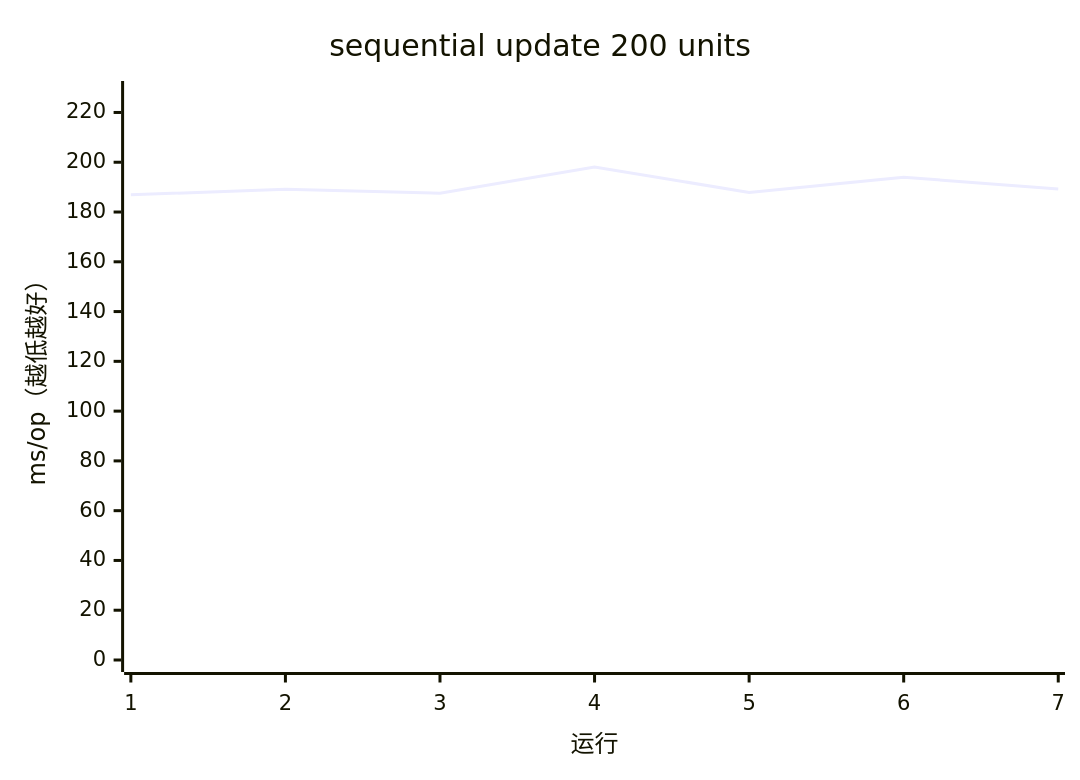
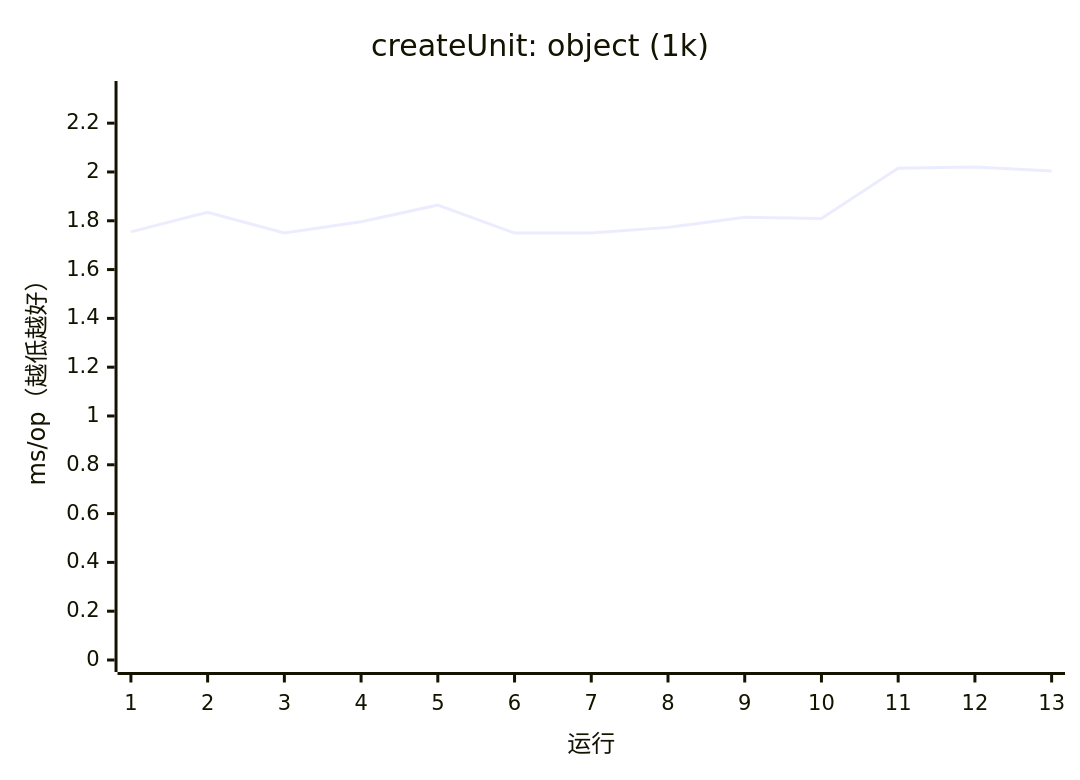
One commit to AIluffy/io changed diagram 12 of 17 in apps/docs/src/content/docs/guides/benchmark.mdx. Above: the diagram before and after it, drawn with Mermaid. The commit also changed other lines of this file and 11 other files, not shown here.

````diff
--- a/apps/docs/src/content/docs/guides/benchmark.mdx
+++ b/apps/docs/src/content/docs/guides/benchmark.mdx
@@ -252,7 +341,7 @@
 ```mermaid
 xychart-beta
-  title "sequential update 200 units"
-  x-axis "运行" [1, 2, 3, 4, 5, 6, 7]
-  y-axis "ms/op（越低越好）" 0 --> 227.822
-  line [186.9116, 189.1437, 187.5276, 198.1061, 187.8507, 193.992, 189.2093]
+  title "createUnit: object (1k)"
+  x-axis "运行" [1, 2, 3, 4, 5, 6, 7, 8, 9, 10, 11, 12, 13]
+  y-axis "ms/op（越低越好）" 0 --> 2.3236
+  line [1.7544, 1.8351, 1.7504, 1.7963, 1.8644, 1.7495, 1.7498, 1.7729, 1.8142, 1.8094, 2.0156, 2.0205, 2.0043]
 ```
````
